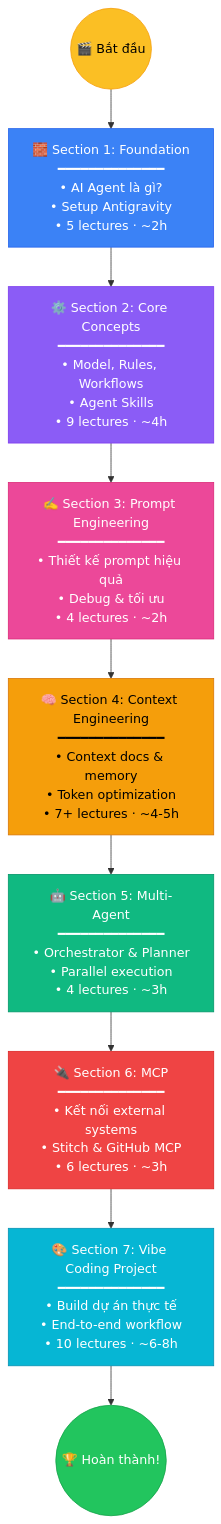
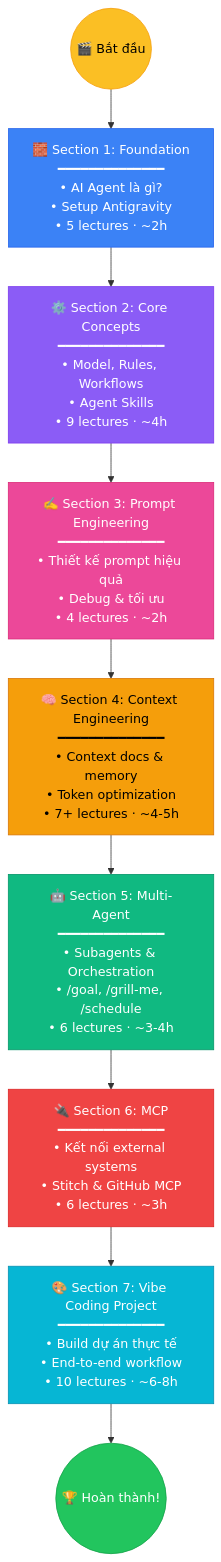
Before and after one commit to thanhmati/antigravity-vibe-coding-course: the first of 3 diagrams in docs/ROADMAP.md, drawn with Mermaid. The commit also changed other lines of this file and 9 other files, not shown here.

Commit message:
feat/#: revamp Section 05 curriculum with new lessons and Antigravity 2.0 multi-agent architecture details.

````diff
--- a/docs/ROADMAP.md
+++ b/docs/ROADMAP.md
@@ -9,30 +9,30 @@
 ```mermaid
 graph TD
     START(("🎬 Bắt đầu")) --> S1
 
     S1["🧱 Section 1: Foundation\n━━━━━━━━━━━━━━\n• AI Agent là gì?\n• Setup Antigravity\n• 5 lectures · ~2h"]
 
     S1 --> S2["⚙️ Section 2: Core Concepts\n━━━━━━━━━━━━━━\n• Model, Rules, Workflows\n• Agent Skills\n• 9 lectures · ~4h"]
 
     S2 --> S3["✍️ Section 3: Prompt Engineering\n━━━━━━━━━━━━━━\n• Thiết kế prompt hiệu quả\n• Debug & tối ưu\n• 4 lectures · ~2h"]
 
     S3 --> S4["🧠 Section 4: Context Engineering\n━━━━━━━━━━━━━━\n• Context docs & memory\n• Token optimization\n• 7+ lectures · ~4-5h"]
 
-    S4 --> S5["🤖 Section 5: Multi-Agent\n━━━━━━━━━━━━━━\n• Orchestrator & Planner\n• Parallel execution\n• 4 lectures · ~3h"]
+    S4 --> S5["🤖 Section 5: Multi-Agent\n━━━━━━━━━━━━━━\n• Subagents & Orchestration\n• /goal, /grill-me, /schedule\n• 6 lectures · ~3-4h"]
 
     S5 --> S6["🔌 Section 6: MCP\n━━━━━━━━━━━━━━\n• Kết nối external systems\n• Stitch & GitHub MCP\n• 6 lectures · ~3h"]
 
     S6 --> S7["🎨 Section 7: Vibe Coding Project\n━━━━━━━━━━━━━━\n• Build dự án thực tế\n• End-to-end workflow\n• 10 lectures · ~6-8h"]
 
     S7 --> FINISH(("🏆 Hoàn thành!"))
 
     style START fill:#fbbf24,stroke:#f59e0b,color:#000
     style S1 fill:#3b82f6,stroke:#2563eb,color:#fff
     style S2 fill:#8b5cf6,stroke:#7c3aed,color:#fff
     style S3 fill:#ec4899,stroke:#db2777,color:#fff
     style S4 fill:#f59e0b,stroke:#d97706,color:#000
     style S5 fill:#10b981,stroke:#059669,color:#fff
     style S6 fill:#ef4444,stroke:#dc2626,color:#fff
     style S7 fill:#06b6d4,stroke:#0891b2,color:#fff
     style FINISH fill:#22c55e,stroke:#16a34a,color:#fff
 ```
````
